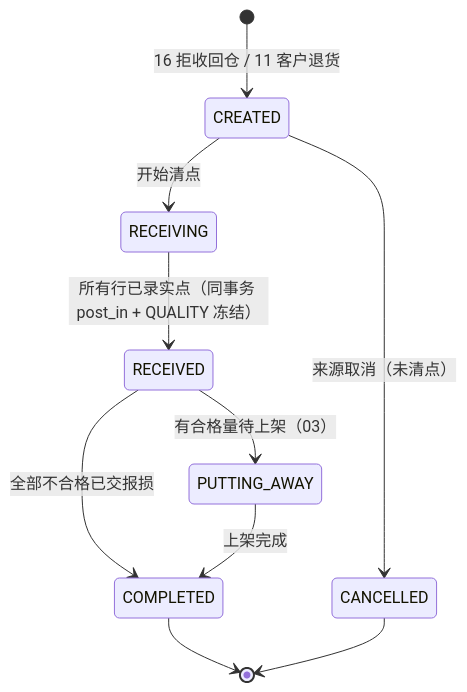
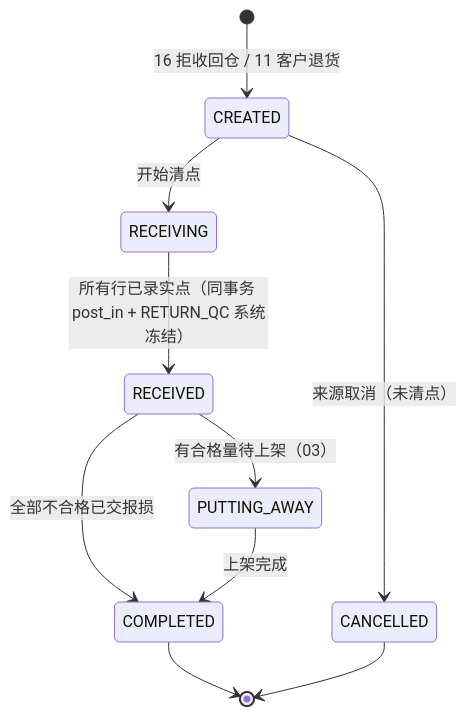
Before and after one commit to Akarin7784/fresh-wms: the first of 4 diagrams in docs/10-退货与异常.md, drawn with Mermaid. The commit also changed other lines of this file and 4 other files, not shown here.

Commit message:
docs(10): 小吴 A1–A4 + 小赵 I1–I4：DRAFT 报损单+convert_hold、POD:{pod_id}:{correct_seq}/FG 批次键、RETURN_QC 系统冻结、合格解冻同事务同 op_key；exception_case 外键/来源 CHECK/hash CHECK/前进触发器；RTN milli 列；STORE_RETURN；wms_app 授权；两库反向断言

````diff
--- a/docs/10-退货与异常.md
+++ b/docs/10-退货与异常.md
@@ -137,12 +138,12 @@
 ```mermaid
 stateDiagram-v2
   [*] --> CREATED: 16 拒收回仓 / 11 客户退货
   CREATED --> RECEIVING: 开始清点
-  RECEIVING --> RECEIVED: 所有行已录实点（同事务 post_in + QUALITY 冻结）
+  RECEIVING --> RECEIVED: 所有行已录实点（同事务 post_in + RETURN_QC 系统冻结）
   RECEIVED --> PUTTING_AWAY: 有合格量待上架（03）
   RECEIVED --> COMPLETED: 全部不合格已交报损
   PUTTING_AWAY --> COMPLETED: 上架完成
   CREATED --> CANCELLED: 来源取消（未清点）
   COMPLETED --> [*]
   CANCELLED --> [*]
 ```
````
